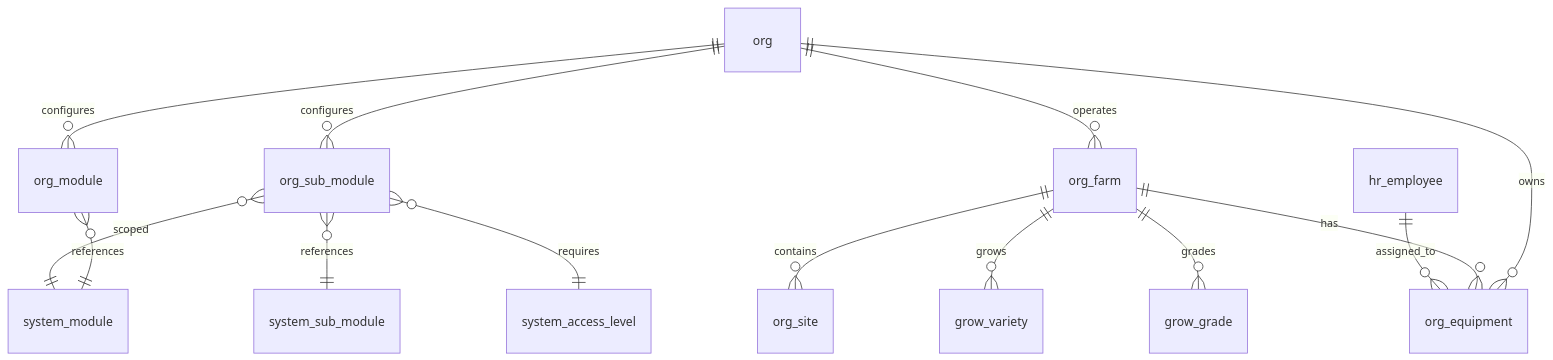
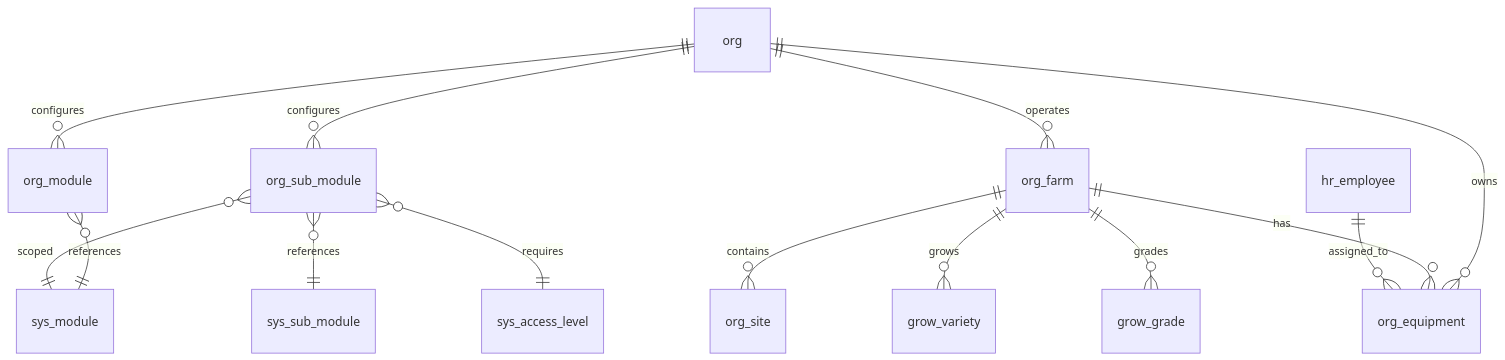
Before and after one commit to Hawaii-Farming/aloha-app: the diagram in docs/schemas/20260319_02_org.md, drawn with Mermaid. The commit also changed other lines of this file and 30 other files, not shown here.

First line of the commit message:
Rename system tables to sys_ prefix across all SQL, docs, and conventions

````diff
--- a/docs/schemas/20260319_02_org.md
+++ b/docs/schemas/20260319_02_org.md
@@ -9,16 +9,16 @@
 ```mermaid
 erDiagram
     org ||--o{ org_module : configures
     org ||--o{ org_sub_module : configures
     org ||--o{ org_farm : operates
     org ||--o{ org_equipment : owns
-    org_module }o--|| system_module : references
-    org_sub_module }o--|| system_sub_module : references
-    org_sub_module }o--|| system_module : scoped
-    org_sub_module }o--|| system_access_level : requires
+    org_module }o--|| sys_module : references
+    org_sub_module }o--|| sys_sub_module : references
+    org_sub_module }o--|| sys_module : scoped
+    org_sub_module }o--|| sys_access_level : requires
     org_farm ||--o{ org_site : contains
     org_farm ||--o{ org_equipment : has
     org_farm ||--o{ grow_variety : grows
     org_farm ||--o{ grow_grade : grades
     hr_employee ||--o{ org_equipment : assigned_to
 ```
````
